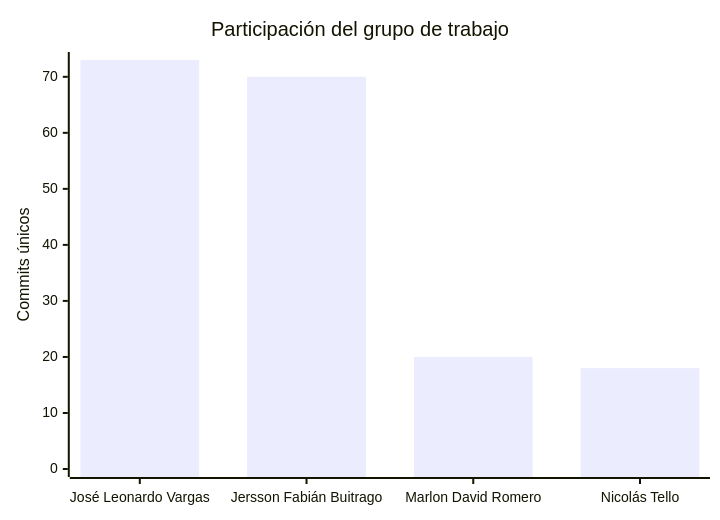
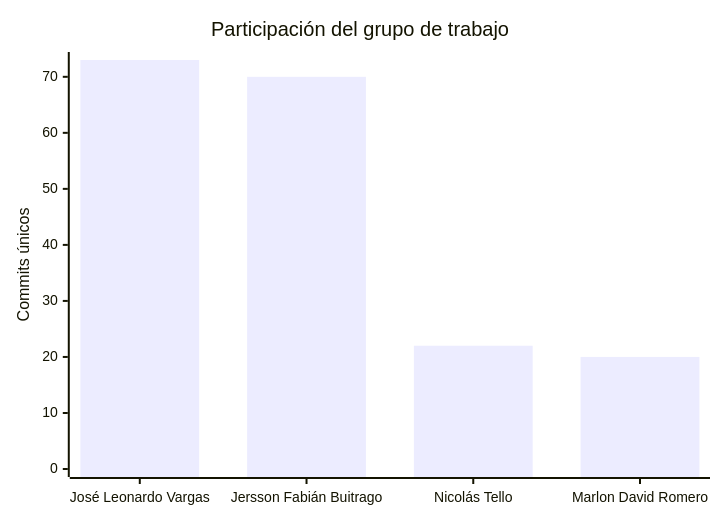
One commit to FarmaExpres/FarmaExpres changed the second of 2 diagrams in README.md. Above: the diagram before and after it, drawn with Mermaid. The commit also changed other lines of this file and 1 other file, not shown here.

````diff
--- a/README.md
+++ b/README.md
@@ -326,7 +326,7 @@
 ```mermaid
 xychart-beta
     title "Participación del grupo de trabajo"
-    x-axis ["José Leonardo Vargas", "Jersson Fabián Buitrago", "Marlon David Romero", "Nicolás Tello"]
+    x-axis ["José Leonardo Vargas", "Jersson Fabián Buitrago", "Nicolás Tello", "Marlon David Romero"]
     y-axis "Commits únicos" 0 --> 73
-    bar [73, 70, 20, 18]
+    bar [73, 70, 22, 20]
 ```
````
